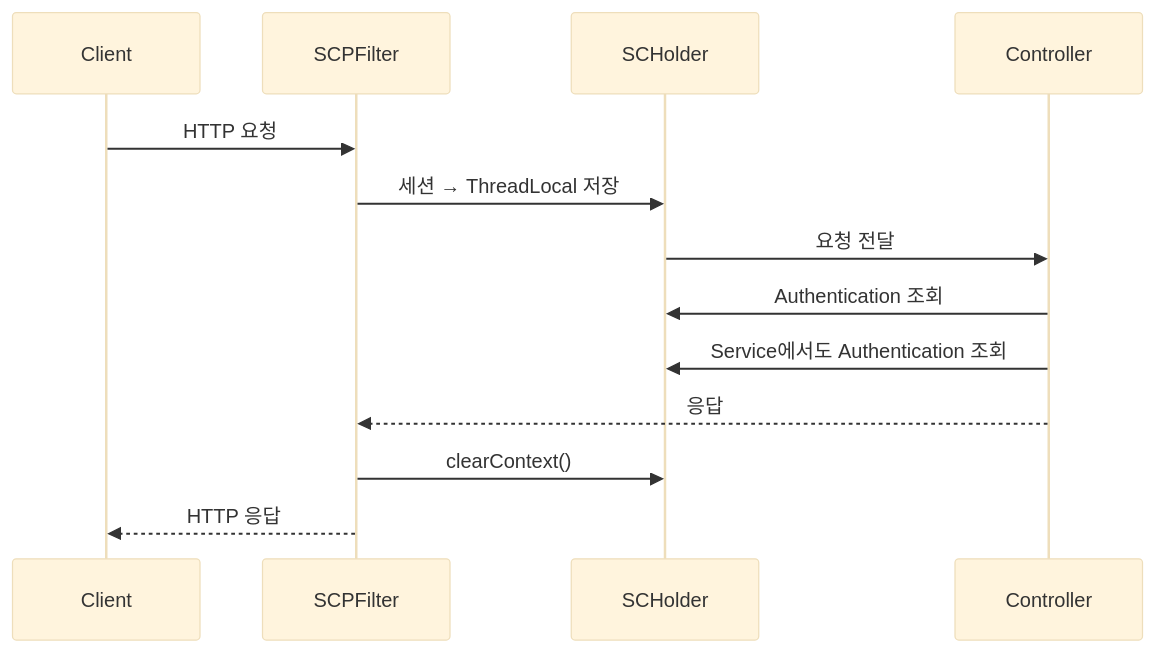
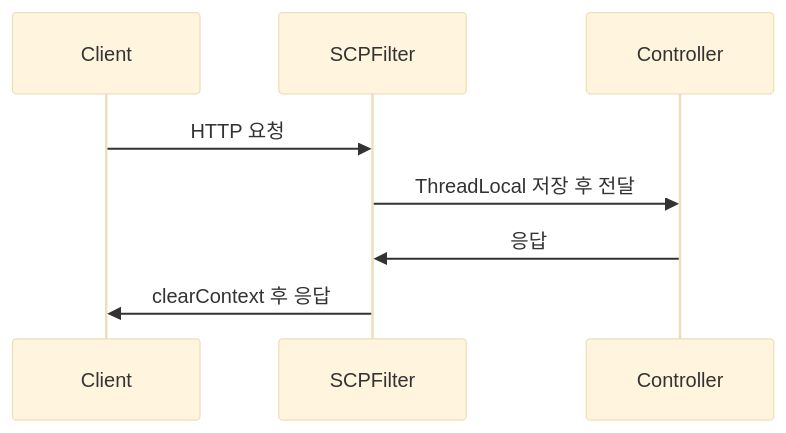
The second of 2 diagrams in _posts/security/2021-05-25-SecurityContextHolder, SecurityContext.md (yjkim2015/yjkim2015.github.io), drawn with Mermaid (base theme) before and after one commit. The commit also changed 155 other files, not shown here.

First line of the commit message:
Mermaid 전면 수정: subgraph 제거, participant/노드/줄수 축소 (342블록)

````diff
--- a/_posts/security/2021-05-25-SecurityContextHolder, SecurityContext.md
+++ b/_posts/security/2021-05-25-SecurityContextHolder, SecurityContext.md
@@ -119,15 +119,10 @@
 ```mermaid
 sequenceDiagram
-    participant Client
+    participant C as Client
     participant SCPF as SCPFilter
-    participant SCH as SCHolder
-    participant Controller
-    Client->>SCPF: HTTP 요청
-    SCPF->>SCH: 세션 → ThreadLocal 저장
-    SCH->>Controller: 요청 전달
-    Controller->>SCH: Authentication 조회
-    Controller->>SCH: Service에서도 Authentication 조회
-    Controller-->>SCPF: 응답
-    SCPF->>SCH: clearContext()
-    SCPF-->>Client: HTTP 응답
+    participant CTRL as Controller
+    C->>SCPF: HTTP 요청
+    SCPF->>CTRL: ThreadLocal 저장 후 전달
+    CTRL->>SCPF: 응답
+    SCPF->>C: clearContext 후 응답
 ```
````
